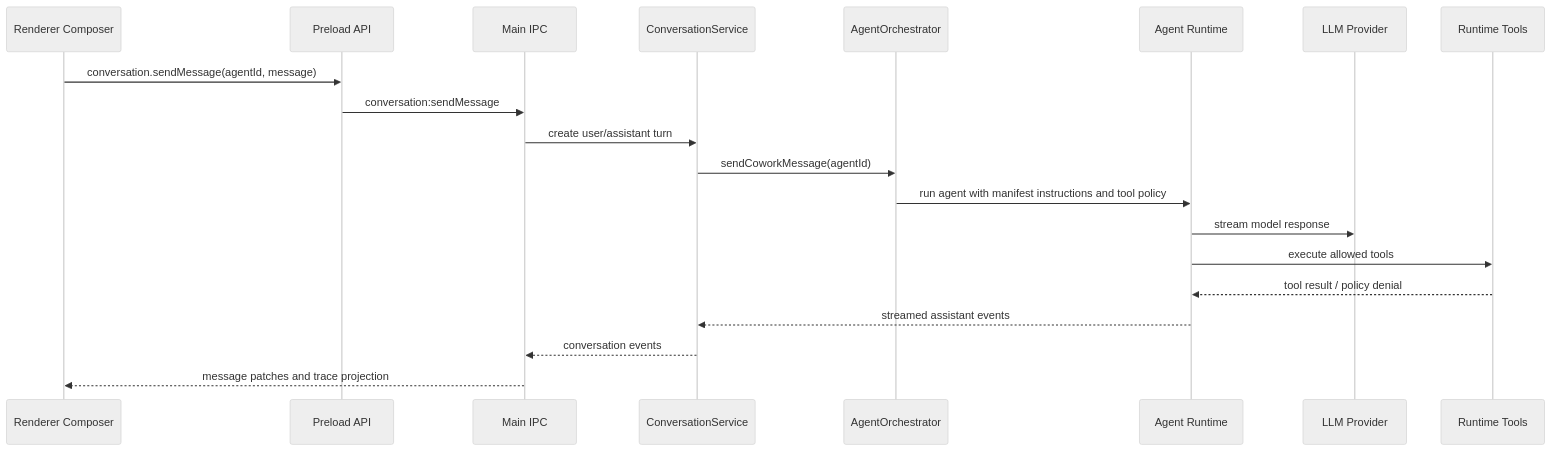
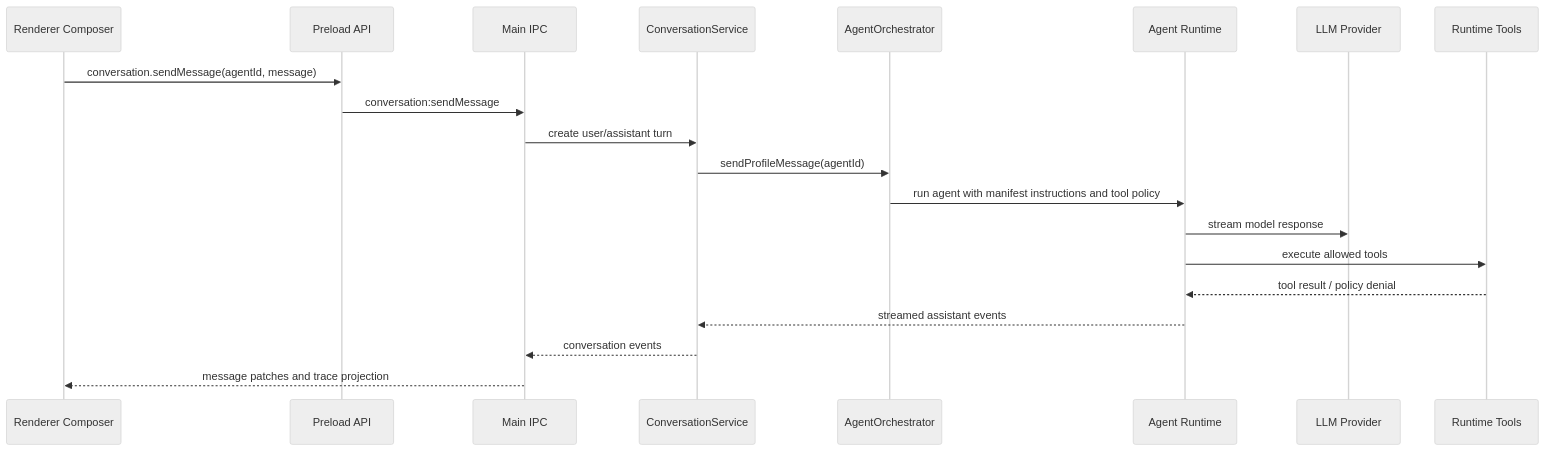
Before and after one commit to haolange/RDC-Agent: the first of 3 diagrams in docs/architecture/data-flow.md, drawn with Mermaid (neutral theme). The commit also changed other lines of this file and 53 other files, not shown here.

````diff
--- a/docs/architecture/data-flow.md
+++ b/docs/architecture/data-flow.md
@@ -7,23 +7,23 @@
 ```mermaid
 sequenceDiagram
   participant UI as Renderer Composer
   participant API as Preload API
   participant IPC as Main IPC
   participant Conversation as ConversationService
   participant Orchestrator as AgentOrchestrator
   participant Runtime as Agent Runtime
   participant Provider as LLM Provider
   participant Tools as Runtime Tools
 
   UI->>API: conversation.sendMessage(agentId, message)
   API->>IPC: conversation:sendMessage
   IPC->>Conversation: create user/assistant turn
-  Conversation->>Orchestrator: sendCoworkMessage(agentId)
+  Conversation->>Orchestrator: sendProfileMessage(agentId)
   Orchestrator->>Runtime: run agent with manifest instructions and tool policy
   Runtime->>Provider: stream model response
   Runtime->>Tools: execute allowed tools
   Tools-->>Runtime: tool result / policy denial
   Runtime-->>Conversation: streamed assistant events
   Conversation-->>IPC: conversation events
   IPC-->>UI: message patches and trace projection
 ```
````
